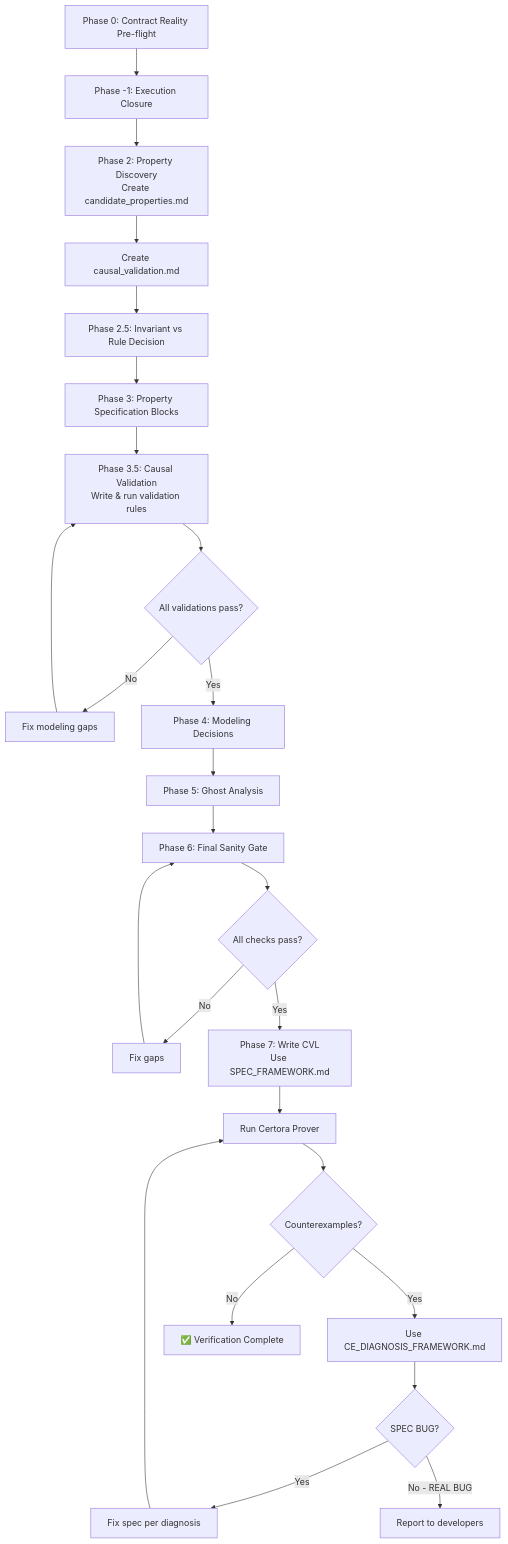
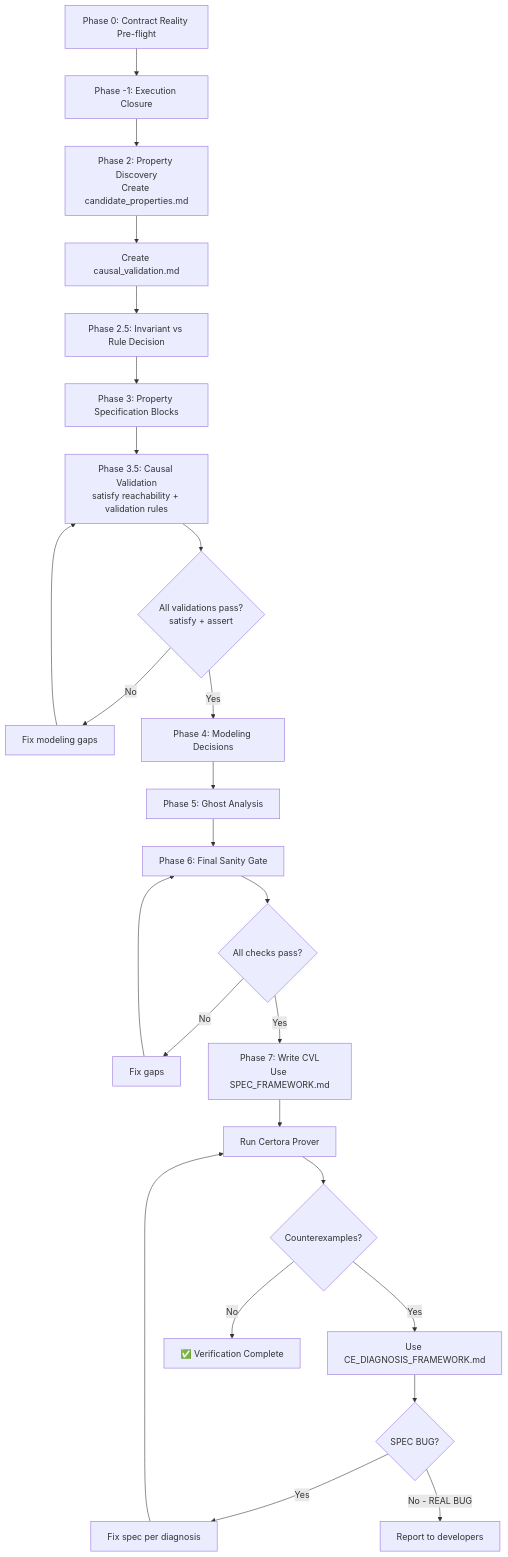
One commit to fjor1025/Certora-Fv-Framework changed the diagram in certora-workflow.md. Above: the diagram before and after it, drawn with Mermaid. The commit also changed other lines of this file and 4 other files, not shown here.

Commit message:
v1.8: Update all support files — version headers, satisfy Rule 0 in workflow, readme/index/quickstart/workflow aligned to v1.8 (Reachability Validation)

````diff
--- a/certora-workflow.md
+++ b/certora-workflow.md
@@ -45,27 +45,27 @@
 ```mermaid
 graph TD
     A[Phase 0: Contract Reality Pre-flight] --> B[Phase -1: Execution Closure]
     B --> C[Phase 2: Property Discovery<br/>Create candidate_properties.md]
     C --> D[Create causal_validation.md]
     D --> E[Phase 2.5: Invariant vs Rule Decision]
     E --> F[Phase 3: Property Specification Blocks]
-    F --> G[Phase 3.5: Causal Validation<br/>Write & run validation rules]
-    G --> H{All validations pass?}
+    F --> G[Phase 3.5: Causal Validation<br/>satisfy reachability + validation rules]
+    G --> H{All validations pass?<br/>satisfy + assert}
     H -->|No| I[Fix modeling gaps]
     I --> G
     H -->|Yes| J[Phase 4: Modeling Decisions]
     J --> K[Phase 5: Ghost Analysis]
     K --> L[Phase 6: Final Sanity Gate]
     L --> M{All checks pass?}
     M -->|No| N[Fix gaps]
     N --> L
     M -->|Yes| O[Phase 7: Write CVL<br/>Use SPEC_FRAMEWORK.md]
     O --> P[Run Certora Prover]
     P --> Q{Counterexamples?}
     Q -->|Yes| R[Use CE_DIAGNOSIS_FRAMEWORK.md]
     R --> S{SPEC BUG?}
     S -->|Yes| T[Fix spec per diagnosis]
     T --> P
     S -->|No - REAL BUG| U[Report to developers]
     Q -->|No| V[✅ Verification Complete]
 ```
````
